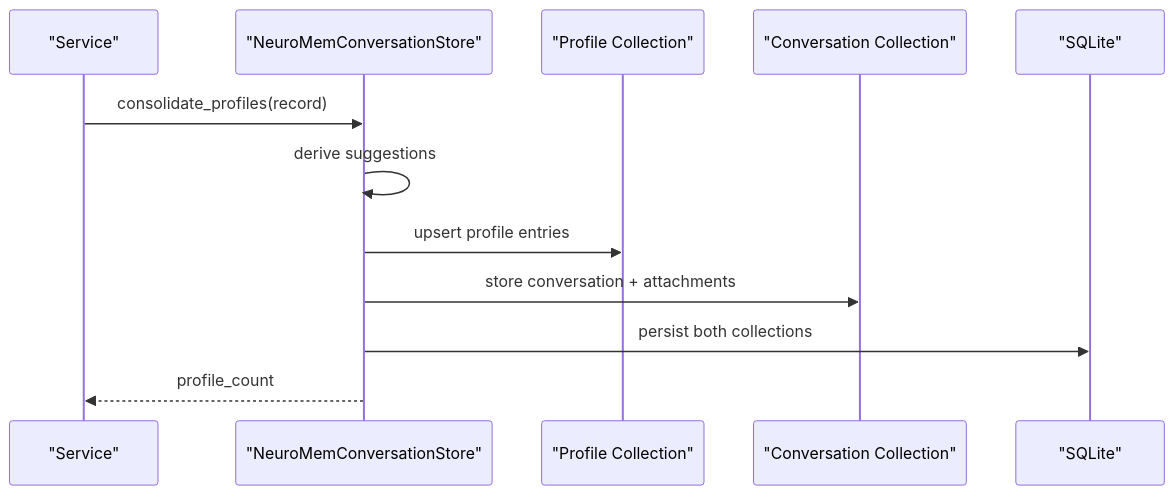
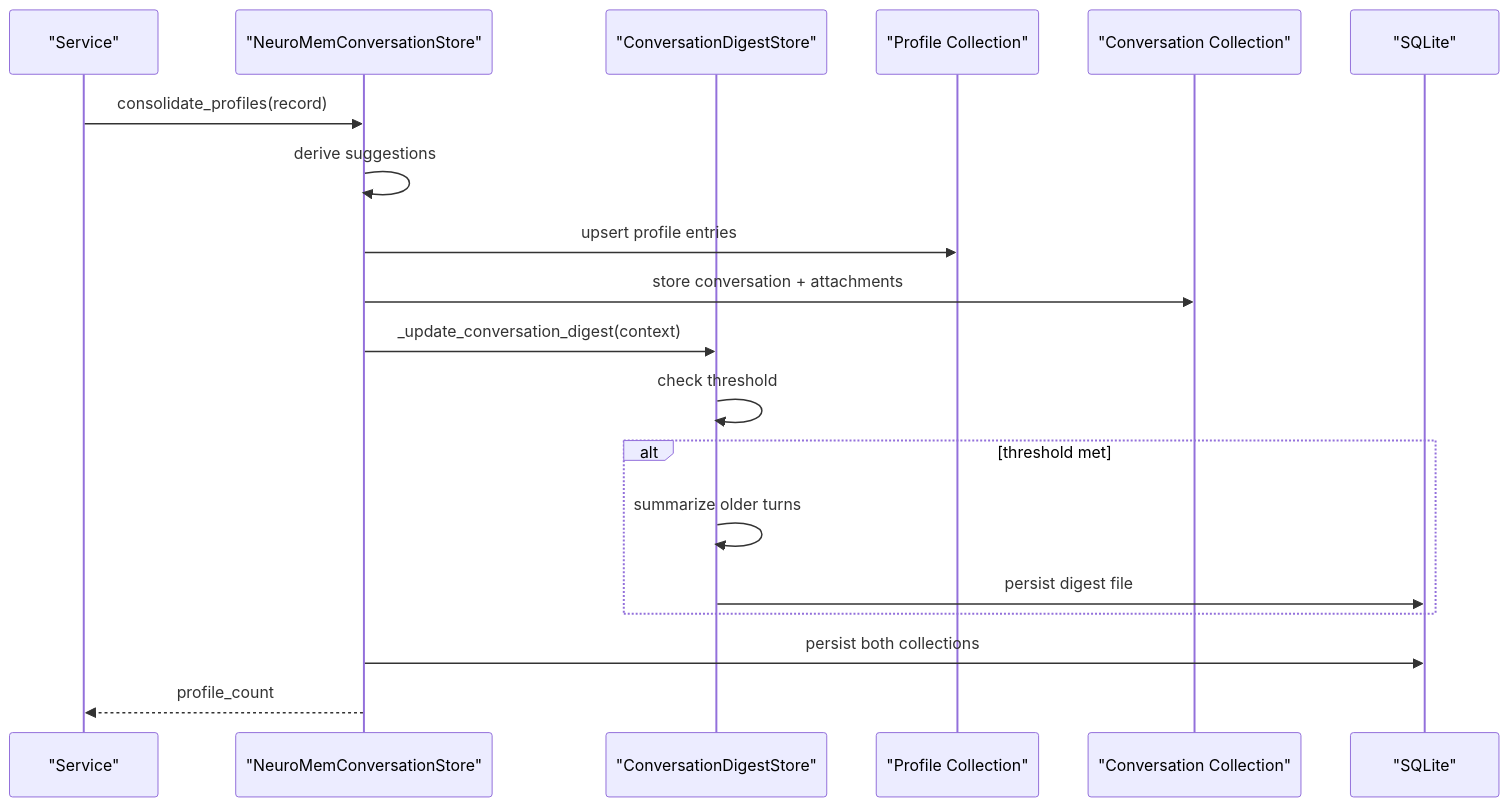
The eighth of 10 diagrams in .qoder/repowiki/en/content/Memory Systems/Memory Systems.md (intellistream/sage-mate), drawn with Mermaid before and after one commit. The commit also changed other lines of this file and 136 other files, not shown here.

First line of the commit message:
chore: source updates, bidirectional link graph, data and repowiki refresh

````diff
--- a/.qoder/repowiki/en/content/Memory Systems/Memory Systems.md
+++ b/.qoder/repowiki/en/content/Memory Systems/Memory Systems.md
@@ -362,14 +446,21 @@
 ```mermaid
 sequenceDiagram
 participant S as "Service"
 participant MS as "NeuroMemConversationStore"
+participant DS as "ConversationDigestStore"
 participant PC as "Profile Collection"
 participant CS as "Conversation Collection"
 participant DB as "SQLite"
 S->>MS : consolidate_profiles(record)
 MS->>MS : derive suggestions
 MS->>PC : upsert profile entries
 MS->>CS : store conversation + attachments
+MS->>DS : _update_conversation_digest(context)
+DS->>DS : check threshold
+alt threshold met
+DS->>DS : summarize older turns
+DS->>DB : persist digest file
+end
 MS->>DB : persist both collections
 MS-->>S : profile_count
 ```
````
